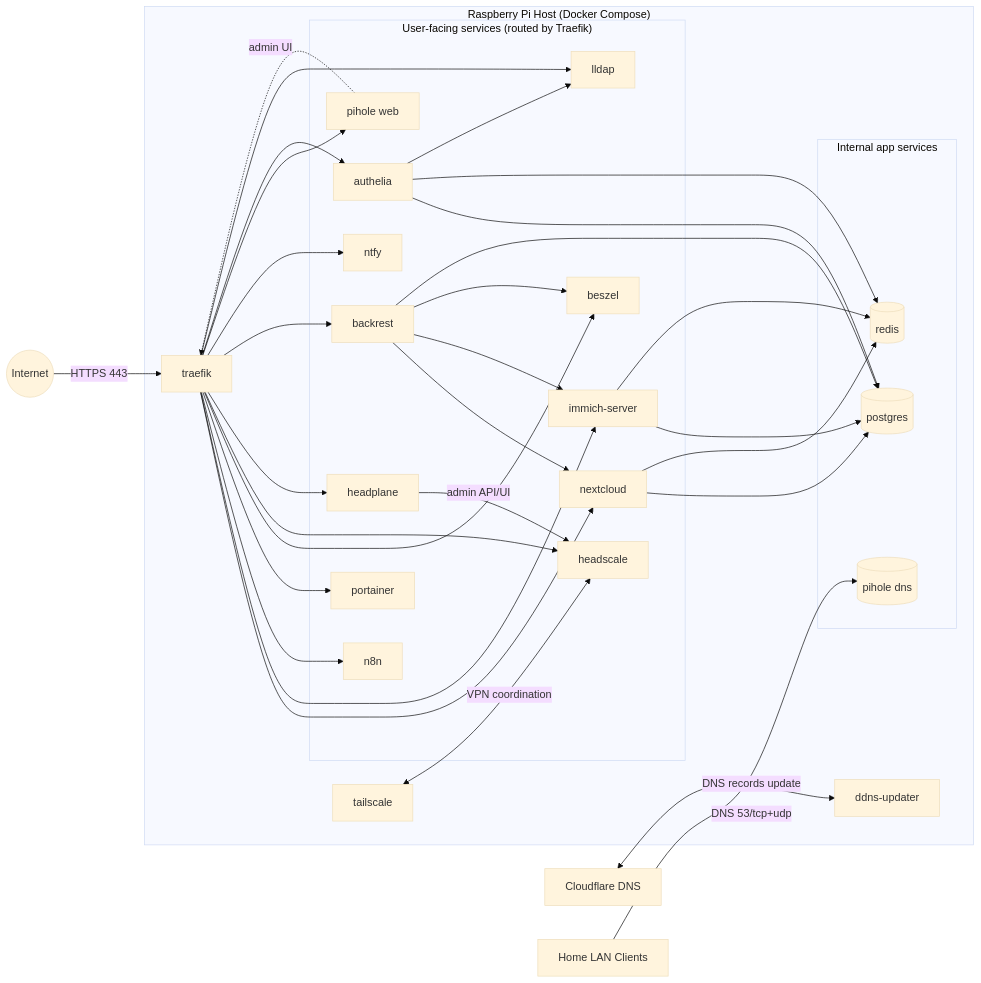
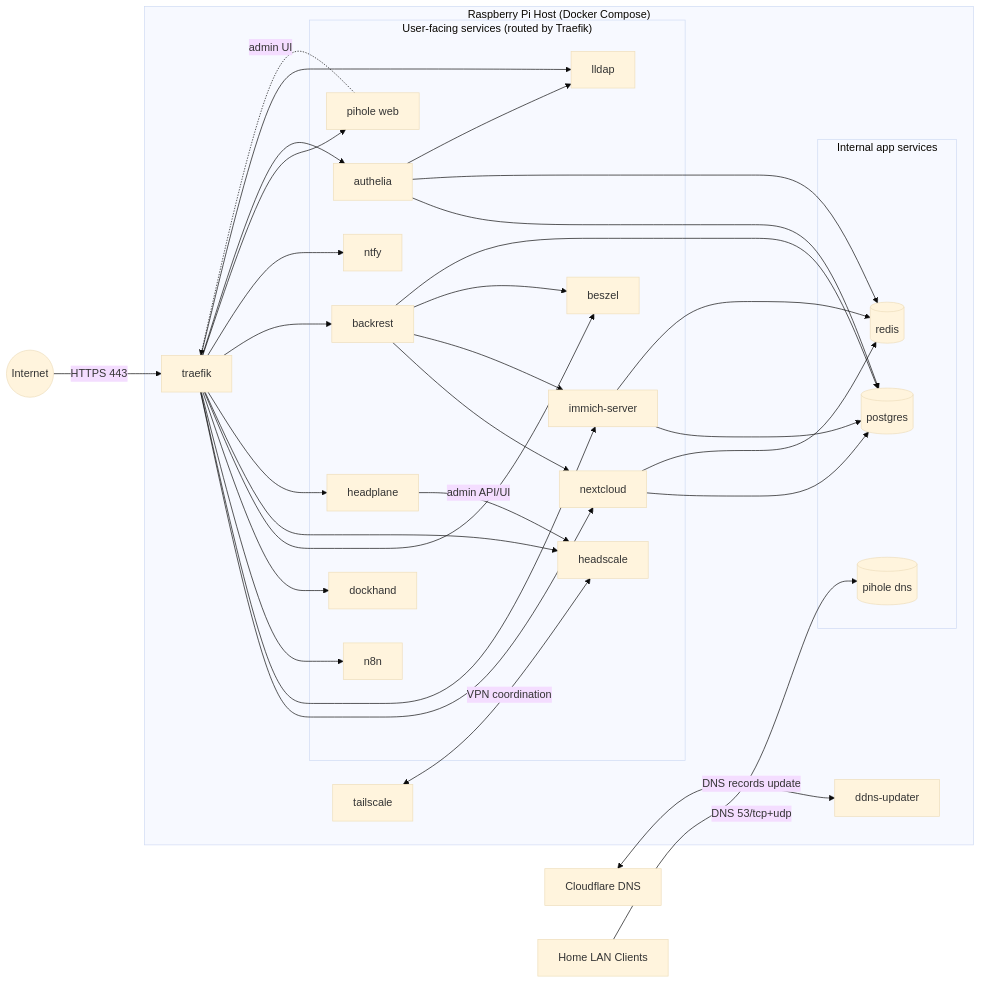
The first of 3 diagrams in docs/ARCHITECTURE.md (florianajir/pi-web), drawn with Mermaid (base theme) before and after one commit. The commit also changed other lines of this file and 15 other files, not shown here.

Commit message:
feat: replace portainer by dockhand

````diff
--- a/docs/ARCHITECTURE.md
+++ b/docs/ARCHITECTURE.md
@@ -5,66 +5,66 @@
 ```mermaid
 flowchart LR
   Internet((Internet))
   Cloudflare[Cloudflare DNS]
   LAN[Home LAN Clients]
 
   subgraph Pi["Raspberry Pi Host (Docker Compose)"]
     DDNS[ddns-updater]
     Traefik[traefik]
     Tailscale[tailscale]
 
     subgraph Apps["User-facing services (routed by Traefik)"]
       Nextcloud[nextcloud]
       Immich[immich-server]
       N8N[n8n]
-      Portainer[portainer]
+      Dockhand[dockhand]
       Beszel[beszel]
       Headscale[headscale]
       Headplane[headplane]
       Backrest[backrest]
       Ntfy[ntfy]
       PiholeWeb[pihole web]
       Authelia[authelia]
       Lldap[lldap]
     end
 
     subgraph Internal["Internal app services"]
       Postgres[(postgres)]
       Redis[(redis)]
       PiholeDNS[(pihole dns)]
     end
   end
 
   Internet -->|HTTPS 443| Traefik
   Cloudflare <-->|DNS records update| DDNS
   Traefik --> Nextcloud
   Traefik --> Immich
   Traefik --> N8N
-  Traefik --> Portainer
+  Traefik --> Dockhand
   Traefik --> Beszel
   Traefik --> Headscale
   Traefik --> Headplane
   Traefik --> Backrest
   Traefik --> Ntfy
   Traefik --> PiholeWeb
   Traefik --> Authelia
   Traefik --> Lldap
 
   Nextcloud --> Postgres
   Nextcloud --> Redis
   Immich --> Postgres
   Immich --> Redis
   Authelia --> Postgres
   Authelia --> Redis
   Authelia --> Lldap
   Backrest --> Nextcloud
   Backrest --> Immich
   Backrest --> Beszel
   Backrest --> Postgres
 
   LAN -->|DNS 53/tcp+udp| PiholeDNS
   PiholeWeb -.admin UI.-> Traefik
 
   Tailscale <-->|VPN coordination| Headscale
   Headplane -->|admin API/UI| Headscale
 ```
````
